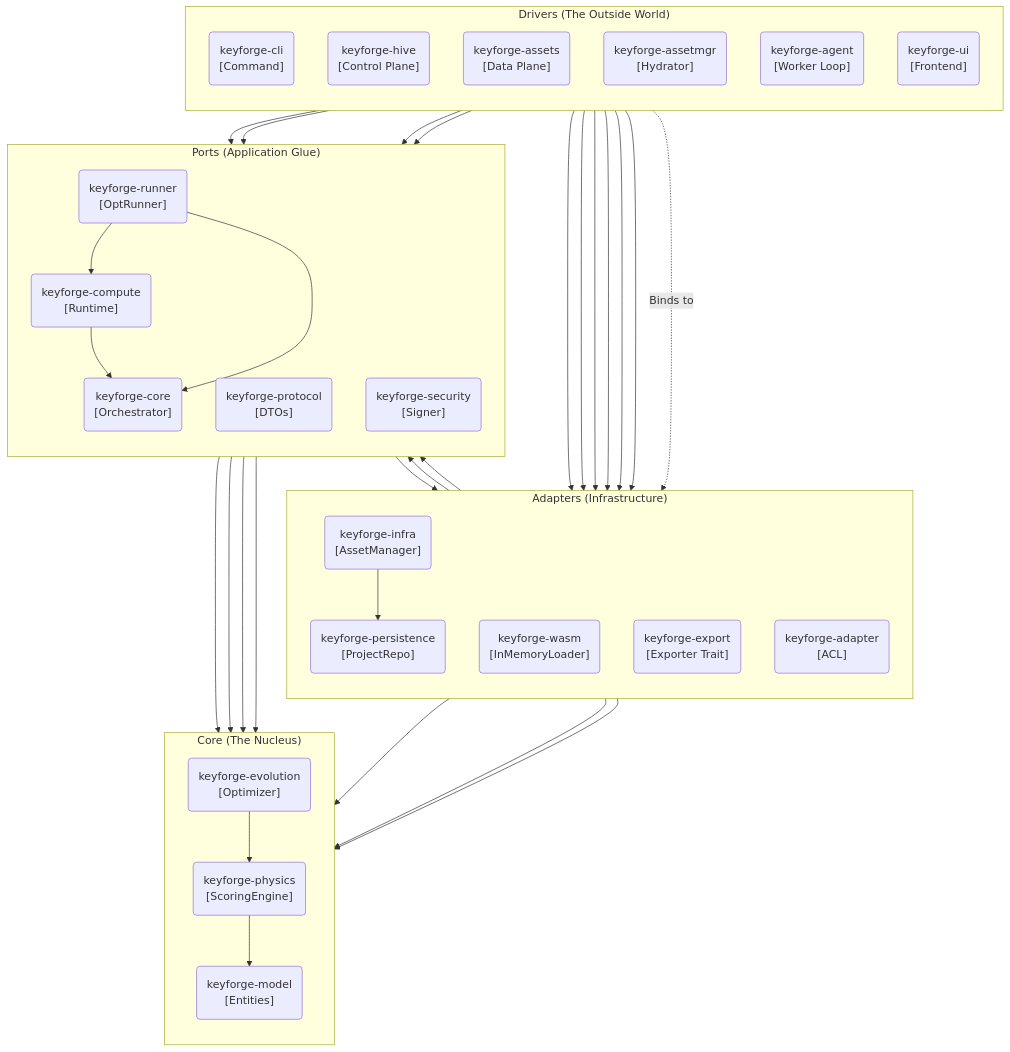
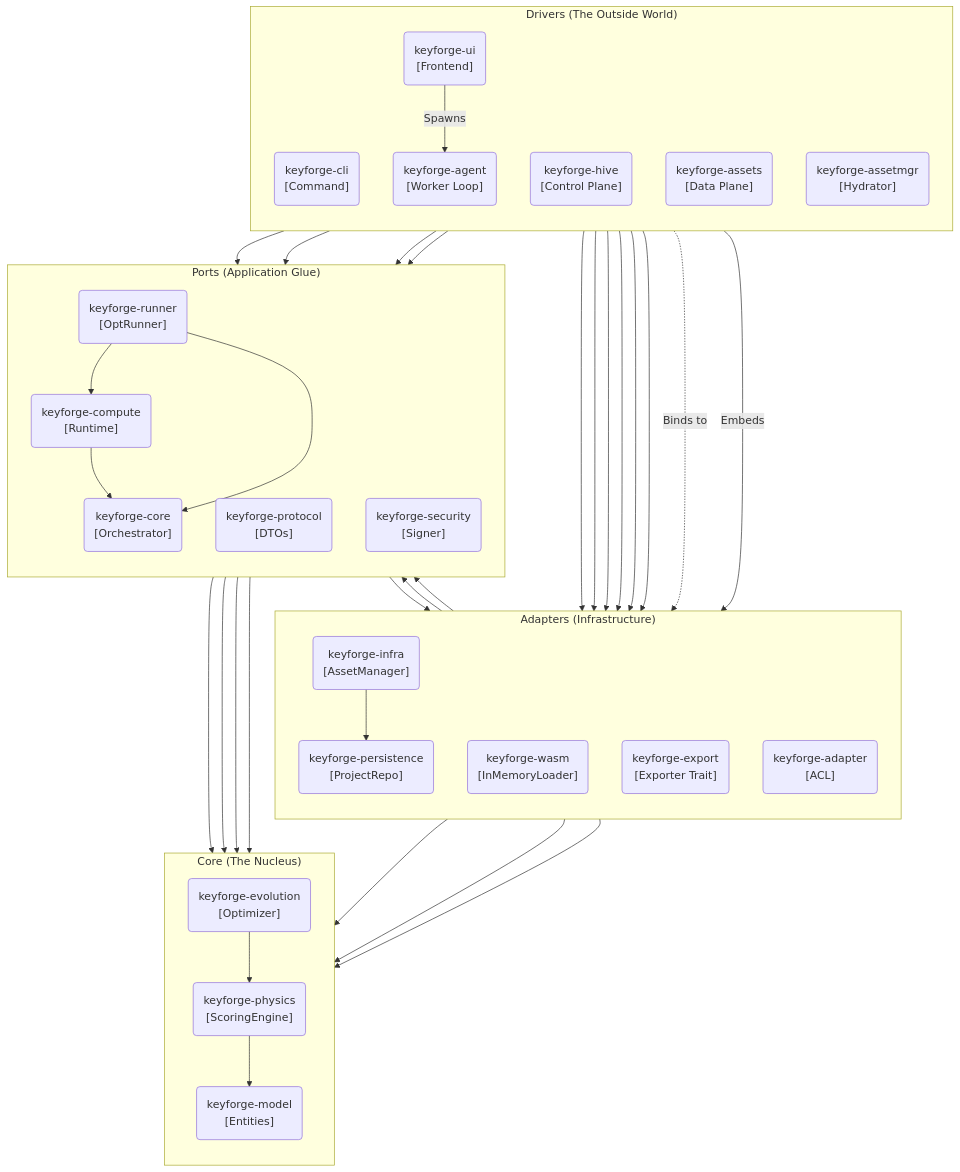
One commit to infodungeon/keyforge changed the diagram in docs/design/ARCHITECTURE_MAP.md. Above: the diagram before and after it, drawn with Mermaid. The commit also changed 20 other files, not shown here.

```diff
--- a/docs/design/ARCHITECTURE_MAP.md
+++ b/docs/design/ARCHITECTURE_MAP.md
@@ -61,6 +61,8 @@
     Agent --> Proto
     Agent --> Sec
     UI -.->|Binds to| Wasm
+    UI -->|Spawns| Agent
+    UI -->|Embeds| Infra
 
     %% Adapters use Ports & Domain
     Infra --> Persist
```
